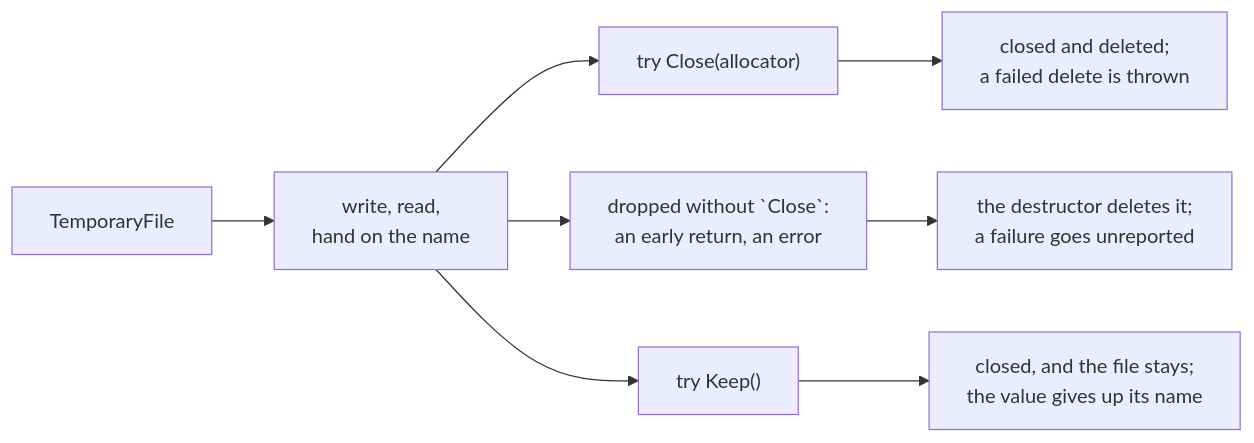
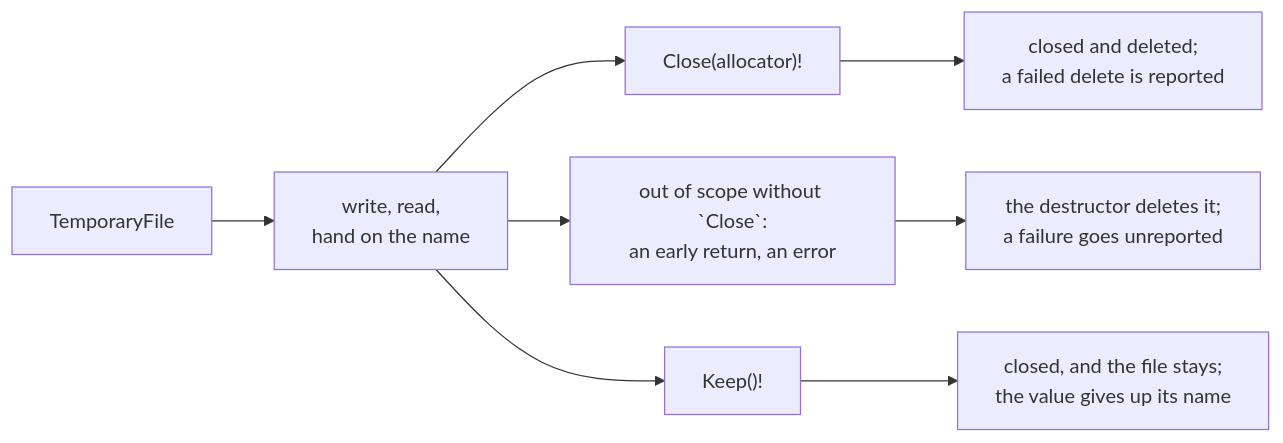
One commit to rux-lang/Web changed the diagram in content/docs/1.learn/19.files/10.temporary-file.md. Above: the diagram before and after it, drawn with Mermaid. The commit also changed other lines of this file and 31 other files, not shown here.

````diff
--- a/content/docs/1.learn/19.files/10.temporary-file.md
+++ b/content/docs/1.learn/19.files/10.temporary-file.md
@@ -47,10 +48,10 @@
 ```mermaid
 flowchart LR
     c["`TemporaryFile`"] --> use["write, read,<br/>hand on the name"]
-    use --> close["`try Close(allocator)`"]
-    use --> drop["dropped without `Close`:<br/>an early return, an error"]
-    use --> keep["`try Keep()`"]
-    close --> gone1["closed and deleted;<br/>a failed delete is thrown"]
+    use --> close["`Close(allocator)!`"]
+    use --> drop["out of scope without `Close`:<br/>an early return, an error"]
+    use --> keep["`Keep()!`"]
+    close --> gone1["closed and deleted;<br/>a failed delete is reported"]
     drop --> gone2["the destructor deletes it;<br/>a failure goes unreported"]
     keep --> stays["closed, and the file stays;<br/>the value gives up its name"]
 ```
````
